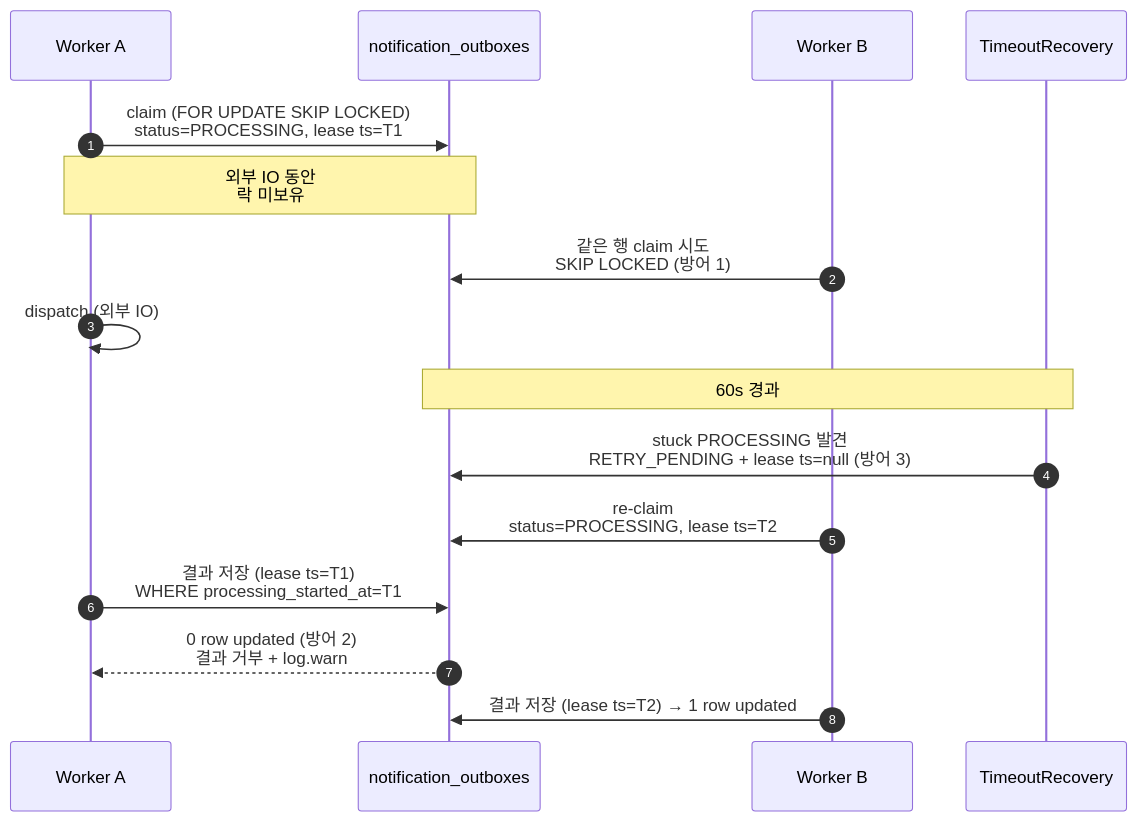
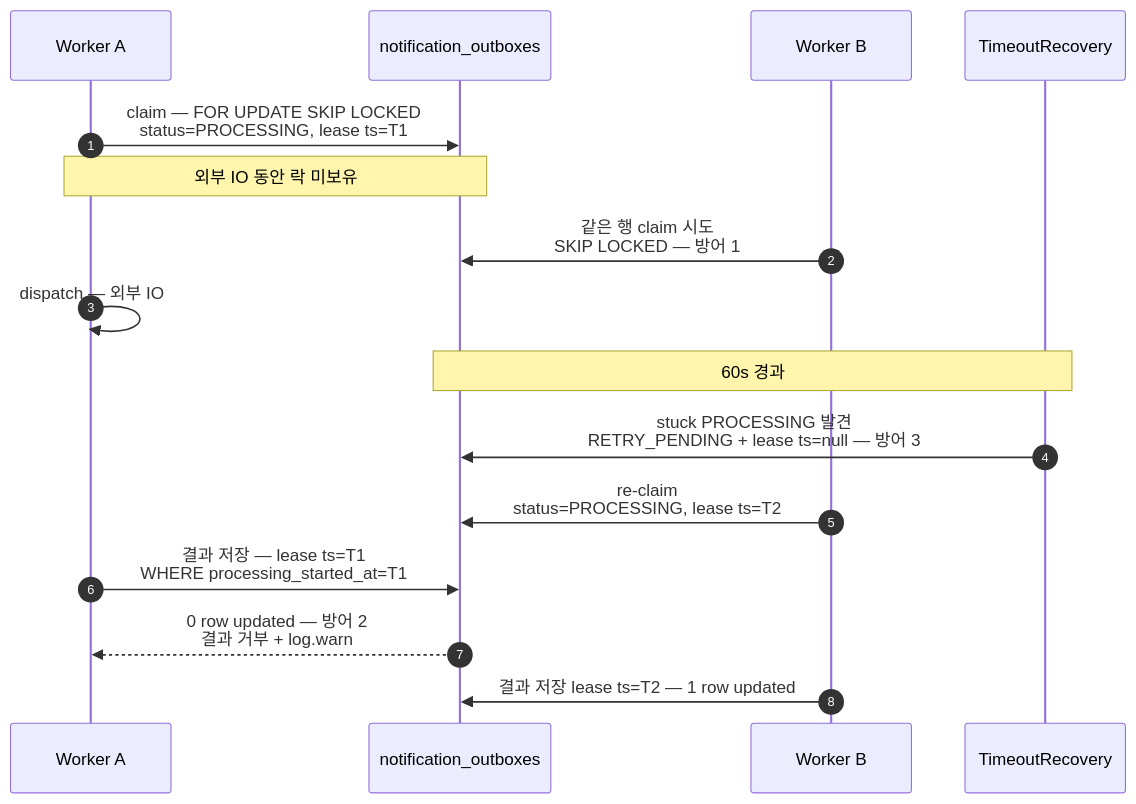
Before and after one commit to HyNS00/notification-service: the third of 3 diagrams in README.md, drawn with Mermaid. The commit also changed other lines of this file and 1 other file, not shown here.

````diff
--- a/README.md
+++ b/README.md
@@ -511,21 +511,21 @@
 ```mermaid
 sequenceDiagram
     autonumber
     participant W1 as Worker A
     participant DB as notification_outboxes
     participant W2 as Worker B
     participant T as TimeoutRecovery
 
-    W1->>DB: claim (FOR UPDATE SKIP LOCKED)<br/>status=PROCESSING, lease ts=T1
-    Note over W1,DB: 외부 IO 동안<br/>락 미보유
-    W2->>DB: 같은 행 claim 시도<br/>SKIP LOCKED (방어 1)
-    W1->>W1: dispatch (외부 IO)
+    W1->>DB: claim — FOR UPDATE SKIP LOCKED<br/>status=PROCESSING, lease ts=T1
+    Note over W1,DB: 외부 IO 동안 락 미보유
+    W2->>DB: 같은 행 claim 시도<br/>SKIP LOCKED — 방어 1
+    W1->>W1: dispatch — 외부 IO
 
     Note over T,DB: 60s 경과
-    T->>DB: stuck PROCESSING 발견<br/>RETRY_PENDING + lease ts=null (방어 3)
+    T->>DB: stuck PROCESSING 발견<br/>RETRY_PENDING + lease ts=null — 방어 3
     W2->>DB: re-claim<br/>status=PROCESSING, lease ts=T2
 
-    W1->>DB: 결과 저장 (lease ts=T1)<br/>WHERE processing_started_at=T1
-    DB-->>W1: 0 row updated (방어 2)<br/>결과 거부 + log.warn
-    W2->>DB: 결과 저장 (lease ts=T2) → 1 row updated
+    W1->>DB: 결과 저장 — lease ts=T1<br/>WHERE processing_started_at=T1
+    DB-->>W1: 0 row updated — 방어 2<br/>결과 거부 + log.warn
+    W2->>DB: 결과 저장 lease ts=T2 — 1 row updated
 ```
````
